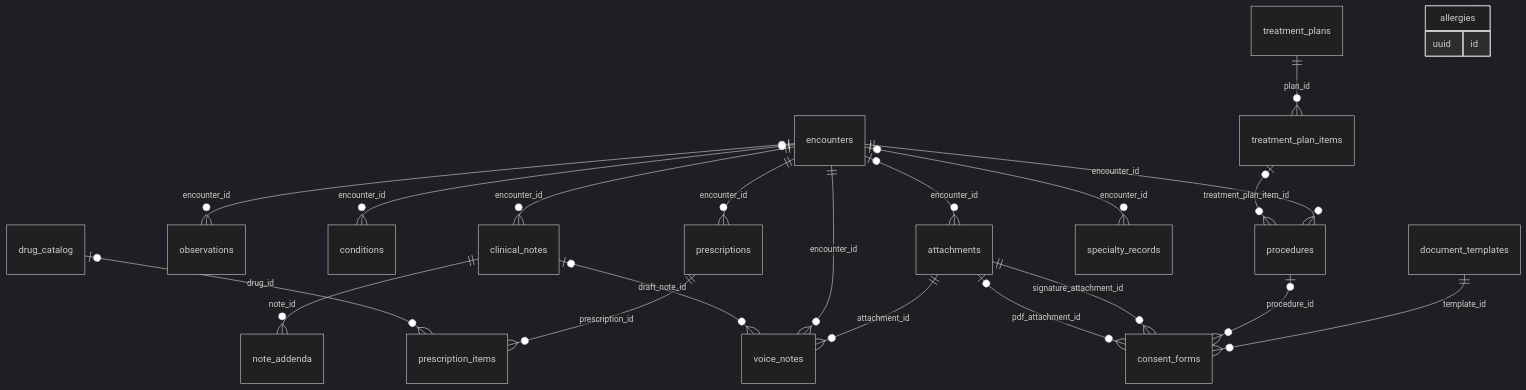
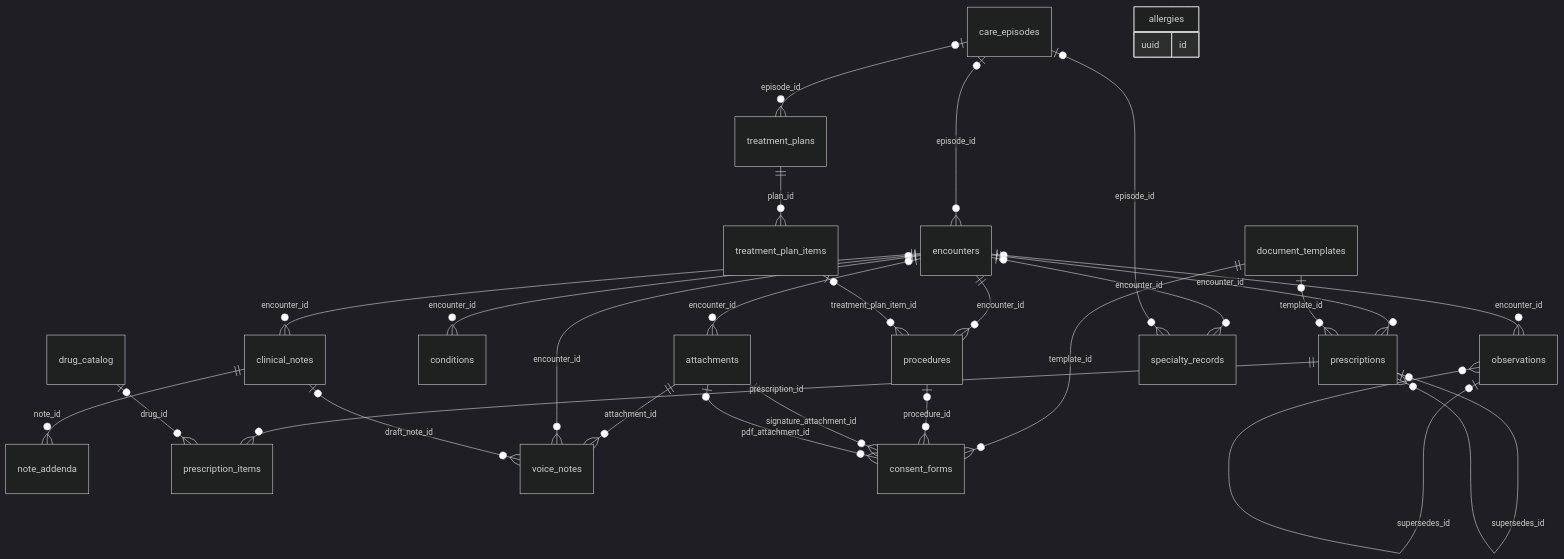
Before and after one commit to sakalyatechnologies/aarogyam: the seventh of 13 diagrams in docs/database.md, drawn with Mermaid (dark theme). The commit also changed other lines of this file and 6 other files, not shown here.

First line of the commit message:
docs(schema): apply review outcomes to the database design

````diff
--- a/docs/database.md
+++ b/docs/database.md
@@ -944,25 +896,31 @@
 ```mermaid
 erDiagram
+  care_episodes |o--o{ encounters : "episode_id"
   encounters ||--o{ clinical_notes : "encounter_id"
   clinical_notes ||--o{ note_addenda : "note_id"
   encounters |o--o{ observations : "encounter_id"
+  observations |o--o{ observations : "supersedes_id"
   encounters |o--o{ conditions : "encounter_id"
   encounters ||--o{ prescriptions : "encounter_id"
+  prescriptions |o--o{ prescriptions : "supersedes_id"
+  document_templates |o--o{ prescriptions : "template_id"
   prescriptions ||--o{ prescription_items : "prescription_id"
   drug_catalog |o--o{ prescription_items : "drug_id"
   encounters ||--o{ procedures : "encounter_id"
   treatment_plan_items |o--o{ procedures : "treatment_plan_item_id"
+  care_episodes |o--o{ treatment_plans : "episode_id"
   treatment_plans ||--o{ treatment_plan_items : "plan_id"
   encounters |o--o{ attachments : "encounter_id"
   attachments ||--o{ voice_notes : "attachment_id"
   encounters ||--o{ voice_notes : "encounter_id"
   clinical_notes |o--o{ voice_notes : "draft_note_id"
   encounters |o--o{ specialty_records : "encounter_id"
+  care_episodes |o--o{ specialty_records : "episode_id"
   document_templates ||--o{ consent_forms : "template_id"
   procedures |o--o{ consent_forms : "procedure_id"
   attachments ||--o{ consent_forms : "signature_attachment_id"
   attachments |o--o{ consent_forms : "pdf_attachment_id"
   allergies {
     uuid id
   }
 ```
````
